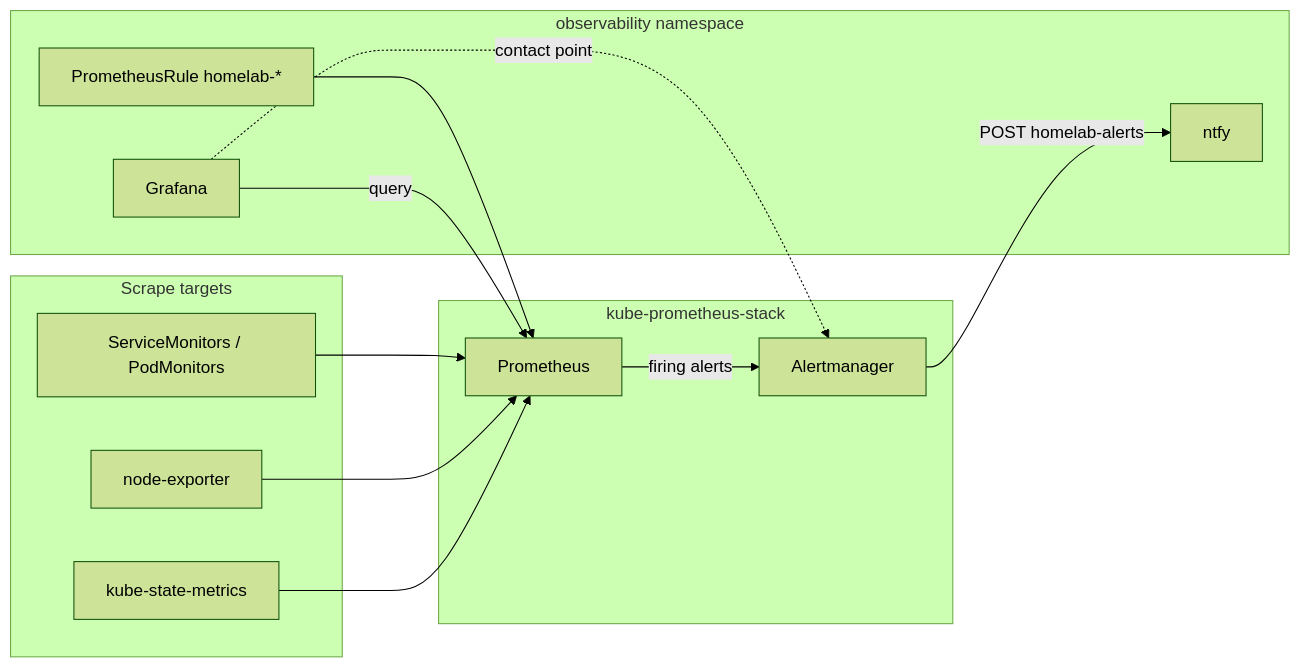
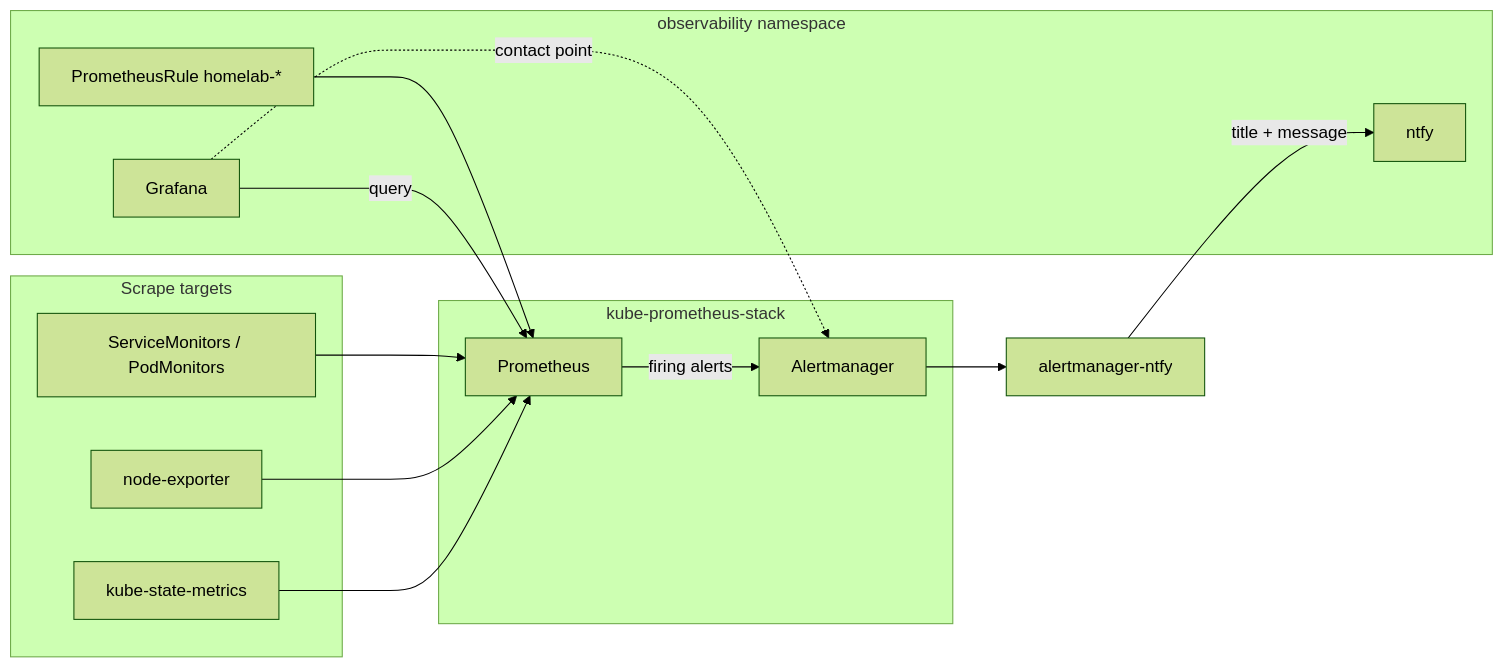
Before and after one commit to nerddotdad/truecharts: the diagram in clusters/main/kubernetes/my-apps/observability/README.md, drawn with Mermaid (forest theme). The commit also changed other lines of this file and 7 other files, not shown here.

First line of the commit message:
chore(flux): enhance observability configuration with alertmanager-ntfy integration

````diff
--- a/clusters/main/kubernetes/my-apps/observability/README.md
+++ b/clusters/main/kubernetes/my-apps/observability/README.md
@@ -7,25 +7,27 @@
 ```mermaid
 flowchart LR
   subgraph scrape [Scrape targets]
     SM[ServiceMonitors / PodMonitors]
     NE[node-exporter]
     KSM[kube-state-metrics]
   end
   subgraph kps [kube-prometheus-stack]
     P[Prometheus]
     AM[Alertmanager]
   end
   subgraph obs [observability namespace]
     PR[PrometheusRule homelab-*]
     GF[Grafana]
     NT[ntfy]
   end
   SM --> P
   NE --> P
   KSM --> P
   PR --> P
   P -->|firing alerts| AM
-  AM -->|POST homelab-alerts| NT
+  BR[alertmanager-ntfy]
+  AM --> BR
+  BR -->|title + message| NT
   GF -->|query| P
   GF -.->|contact point| AM
 ```
````
